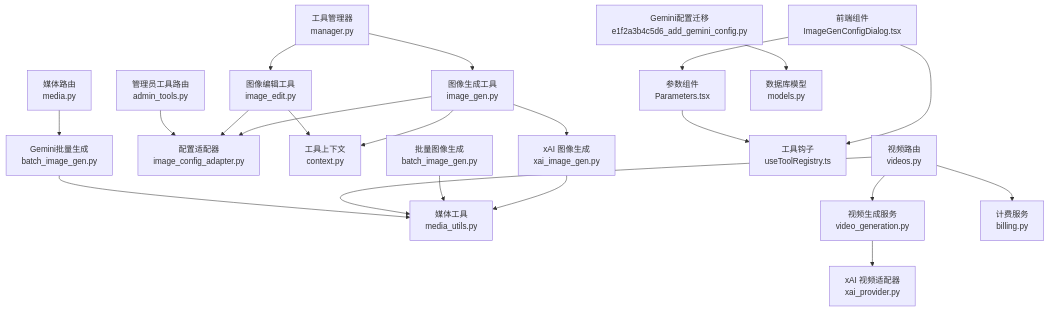
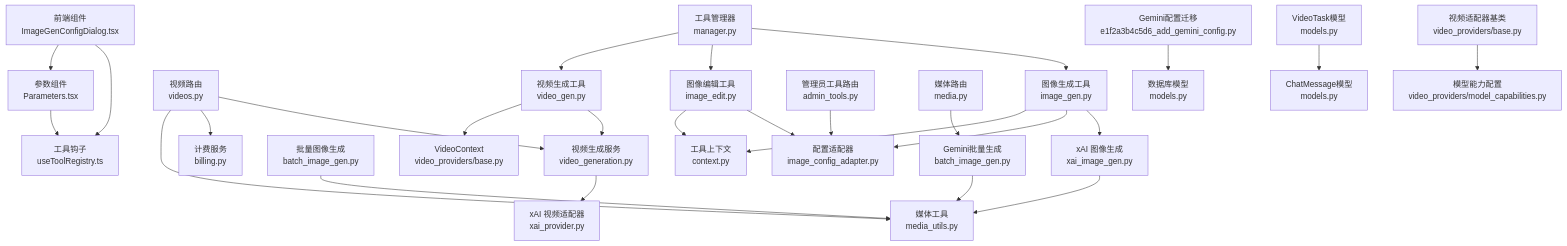
Before and after one commit to KunLabAI/KunFlix: diagram 17 of 17 in .qoder/repowiki/zh/content/后端服务架构/业务服务层/媒体生成服务/图像生成系统/图像生成系统.md, drawn with Mermaid. The commit also changed other lines of this file and 29 other files, not shown here.

````diff
--- a/.qoder/repowiki/zh/content/后端服务架构/业务服务层/媒体生成服务/图像生成系统/图像生成系统.md
+++ b/.qoder/repowiki/zh/content/后端服务架构/业务服务层/媒体生成服务/图像生成系统/图像生成系统.md
@@ -689,23 +868,28 @@
 ```mermaid
 graph TB
 Tools["图像生成工具<br/>image_gen.py"] --> XAI["xAI 图像生成<br/>xai_image_gen.py"]
 Tools --> Adapter["配置适配器<br/>image_config_adapter.py"]
 Tools --> Context["工具上下文<br/>context.py"]
 Edit["图像编辑工具<br/>image_edit.py"] --> Adapter
 Edit --> Context
 XAI --> Media["媒体工具<br/>media_utils.py"]
 Batch["批量图像生成<br/>batch_image_gen.py"] --> Media
 Router["视频路由<br/>videos.py"] --> VGen["视频生成服务<br/>video_generation.py"]
 VGen --> XAIProv["xAI 视频适配器<br/>xai_provider.py"]
 Router --> Billing["计费服务<br/>billing.py"]
 Router --> Media
+VideoTool["视频生成工具<br/>video_gen.py"] --> VGen
+VideoTool --> VideoCtx["VideoContext<br/>video_providers/base.py"]
 Frontend["前端组件<br/>ImageGenConfigDialog.tsx"] --> Hook["工具钩子<br/>useToolRegistry.ts"]
 Frontend --> Params["参数组件<br/>Parameters.tsx"]
 Params --> Hook
 AdminRouter["管理员工具路由<br/>admin_tools.py"] --> Adapter
 Manager["工具管理器<br/>manager.py"] --> Tools
 Manager --> Edit
+Manager --> VideoTool
 GeminiBatch["Gemini批量生成<br/>batch_image_gen.py"] --> Media
 GeminiRoute["媒体路由<br/>media.py"] --> GeminiBatch
 Migration["Gemini配置迁移<br/>e1f2a3b4c5d6_add_gemini_config.py"] --> Models["数据库模型<br/>models.py"]
+VideoTask["VideoTask模型<br/>models.py"] --> ChatMsg["ChatMessage模型<br/>models.py"]
+VideoAdapter["视频适配器基类<br/>video_providers/base.py"] --> VideoCaps["模型能力配置<br/>video_providers/model_capabilities.py"]
 ```
````
